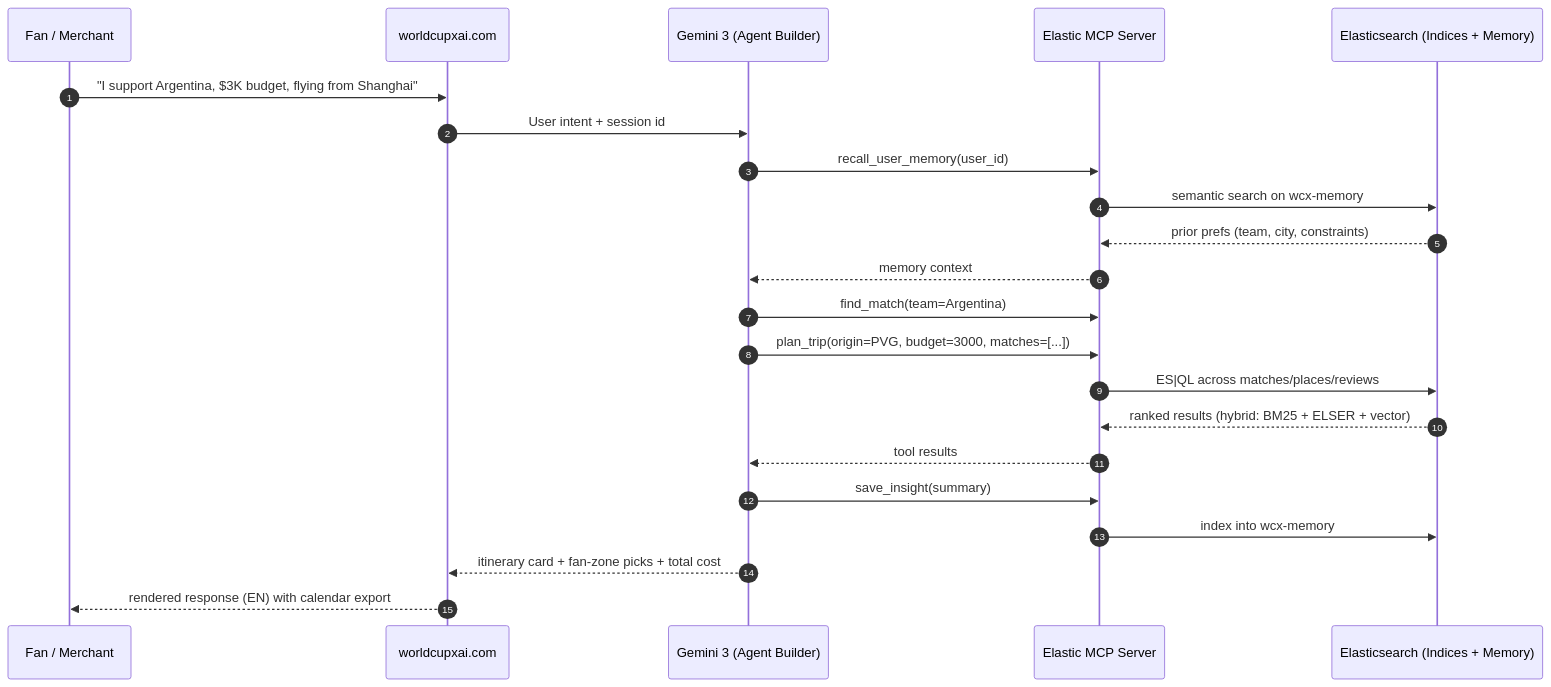
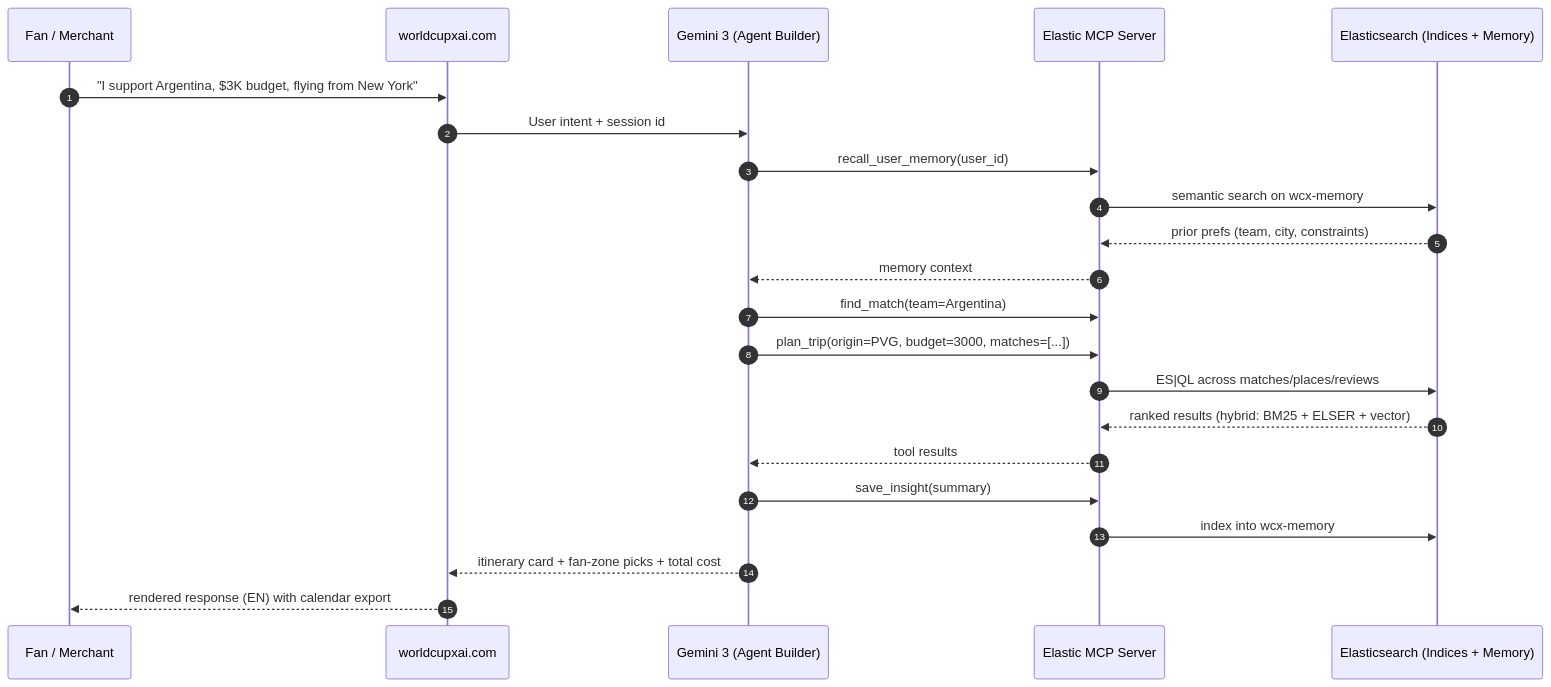
Before and after one commit to AIoOS-67/worldcupxai: the second of 2 diagrams in README.md, drawn with Mermaid. The commit also changed other lines of this file and 1 other file, not shown here.

Commit message:
docs: relocate Fernando's demo journey from Shanghai to New York (#2)
The 2026 World Cup is hosted in the United States, Canada, and Mexico,
so a U.S.-based protagonist makes the demo narrative more grounded for
hackathon judges and shrinks the visa/travel complexity that does not
add to the agent demonstration.

- README.md (sequence diagram + demo description)
- docs/setup.md (sample prompt)

````diff
--- a/README.md
+++ b/README.md
@@ -63,25 +63,25 @@
 ```mermaid
 sequenceDiagram
     autonumber
     participant U as Fan / Merchant
     participant W as worldcupxai.com
     participant G as Gemini 3 (Agent Builder)
     participant M as Elastic MCP Server
     participant E as Elasticsearch (Indices + Memory)
 
-    U->>W: "I support Argentina, $3K budget, flying from Shanghai"
+    U->>W: "I support Argentina, $3K budget, flying from New York"
     W->>G: User intent + session id
     G->>M: recall_user_memory(user_id)
     M->>E: semantic search on wcx-memory
     E-->>M: prior prefs (team, city, constraints)
     M-->>G: memory context
     G->>M: find_match(team=Argentina)
     G->>M: plan_trip(origin=PVG, budget=3000, matches=[...])
     M->>E: ES|QL across matches/places/reviews
     E-->>M: ranked results (hybrid: BM25 + ELSER + vector)
     M-->>G: tool results
     G->>M: save_insight(summary)
     M->>E: index into wcx-memory
     G-->>W: itinerary card + fan-zone picks + total cost
     W-->>U: rendered response (EN) with calendar export
 ```
````
